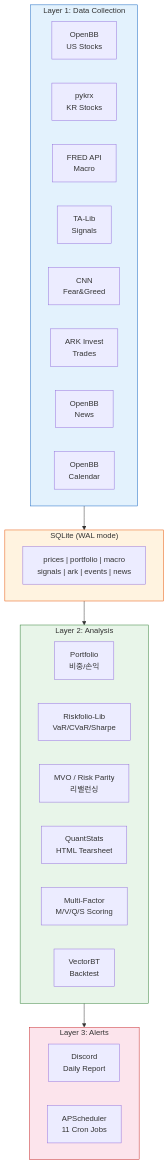
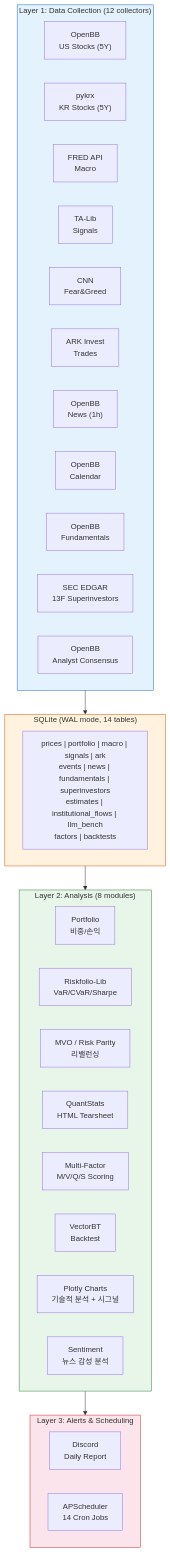
Before and after one commit to researcherhojin/nuri-quant: the second of 2 diagrams in README.md, drawn with Mermaid. The commit also changed other lines of this file and 16 other files, not shown here.

````diff
--- a/README.md
+++ b/README.md
@@ -73,40 +71,45 @@
 ```mermaid
 graph TB
-    subgraph Collectors["Layer 1: Data Collection"]
-        Stock["OpenBB<br/>US Stocks"]
-        StockKR["pykrx<br/>KR Stocks"]
+    subgraph Collectors["Layer 1: Data Collection (12 collectors)"]
+        Stock["OpenBB<br/>US Stocks (5Y)"]
+        StockKR["pykrx<br/>KR Stocks (5Y)"]
         Macro["FRED API<br/>Macro"]
         Tech["TA-Lib<br/>Signals"]
         FG["CNN<br/>Fear&Greed"]
         ARK["ARK Invest<br/>Trades"]
-        News["OpenBB<br/>News"]
+        News["OpenBB<br/>News (1h)"]
         Events["OpenBB<br/>Calendar"]
+        Fund["OpenBB<br/>Fundamentals"]
+        SI["SEC EDGAR<br/>13F Superinvestors"]
+        Est["OpenBB<br/>Analyst Consensus"]
     end
 
-    subgraph DB["SQLite (WAL mode)"]
-        Tables["prices | portfolio | macro\nsignals | ark | events | news"]
+    subgraph DB["SQLite (WAL mode, 14 tables)"]
+        Tables["prices | portfolio | macro | signals | ark<br/>events | news | fundamentals | superinvestors<br/>estimates | institutional_flows | llm_bench<br/>factors | backtests"]
     end
 
-    subgraph Analysis["Layer 2: Analysis"]
+    subgraph Analysis["Layer 2: Analysis (8 modules)"]
         Portfolio["Portfolio<br/>비중/손익"]
         Risk["Riskfolio-Lib<br/>VaR/CVaR/Sharpe"]
         Rebalance["MVO / Risk Parity<br/>리밸런싱"]
         Perf["QuantStats<br/>HTML Tearsheet"]
         Factor["Multi-Factor<br/>M/V/Q/S Scoring"]
         BT["VectorBT<br/>Backtest"]
+        Charts["Plotly Charts<br/>기술적 분석 + 시그널"]
+        Sentiment["Sentiment<br/>뉴스 감성 분석"]
     end
 
-    subgraph Alerts["Layer 3: Alerts"]
+    subgraph Alerts["Layer 3: Alerts & Scheduling"]
         Discord["Discord<br/>Daily Report"]
-        Sched["APScheduler<br/>11 Cron Jobs"]
+        Sched["APScheduler<br/>14 Cron Jobs"]
     end
 
     Collectors --> DB
     DB --> Analysis
     Analysis --> Alerts
 
     style Collectors fill:#E3F2FD,stroke:#1565C0
     style DB fill:#FFF3E0,stroke:#E65100
     style Analysis fill:#E8F5E9,stroke:#2E7D32
     style Alerts fill:#FCE4EC,stroke:#C62828
 ```
````
